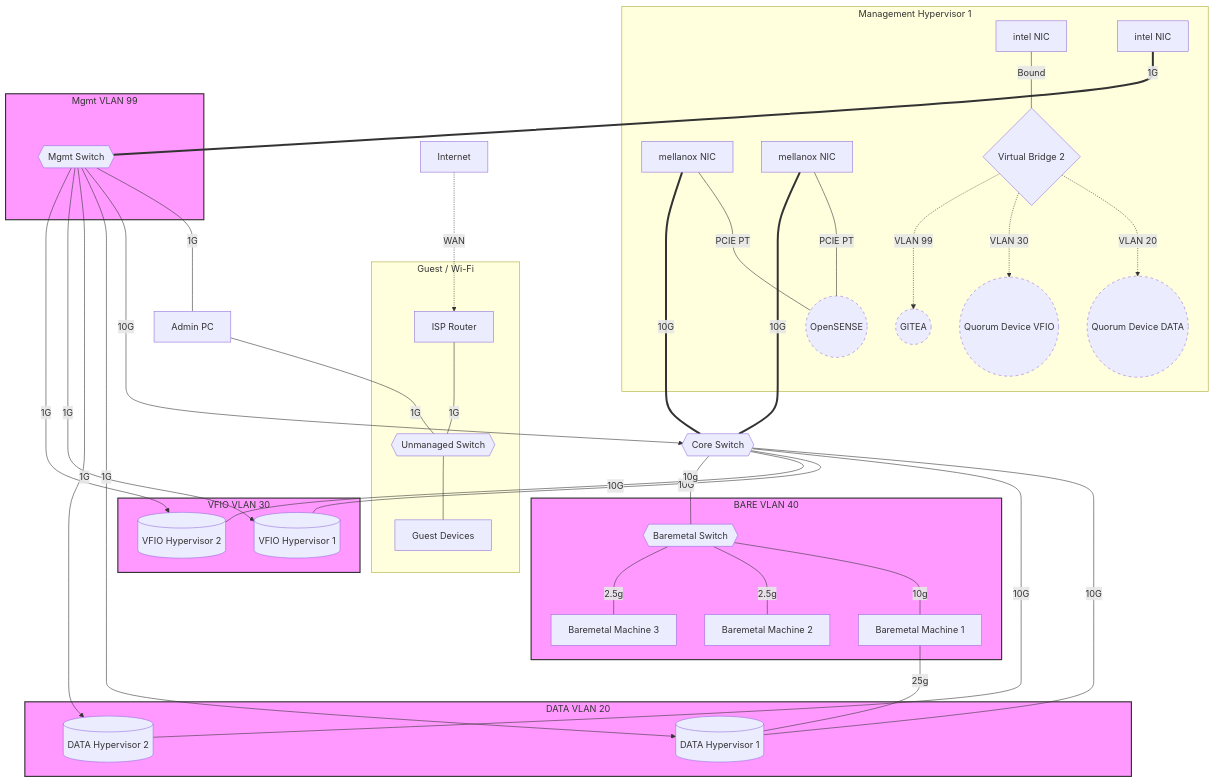
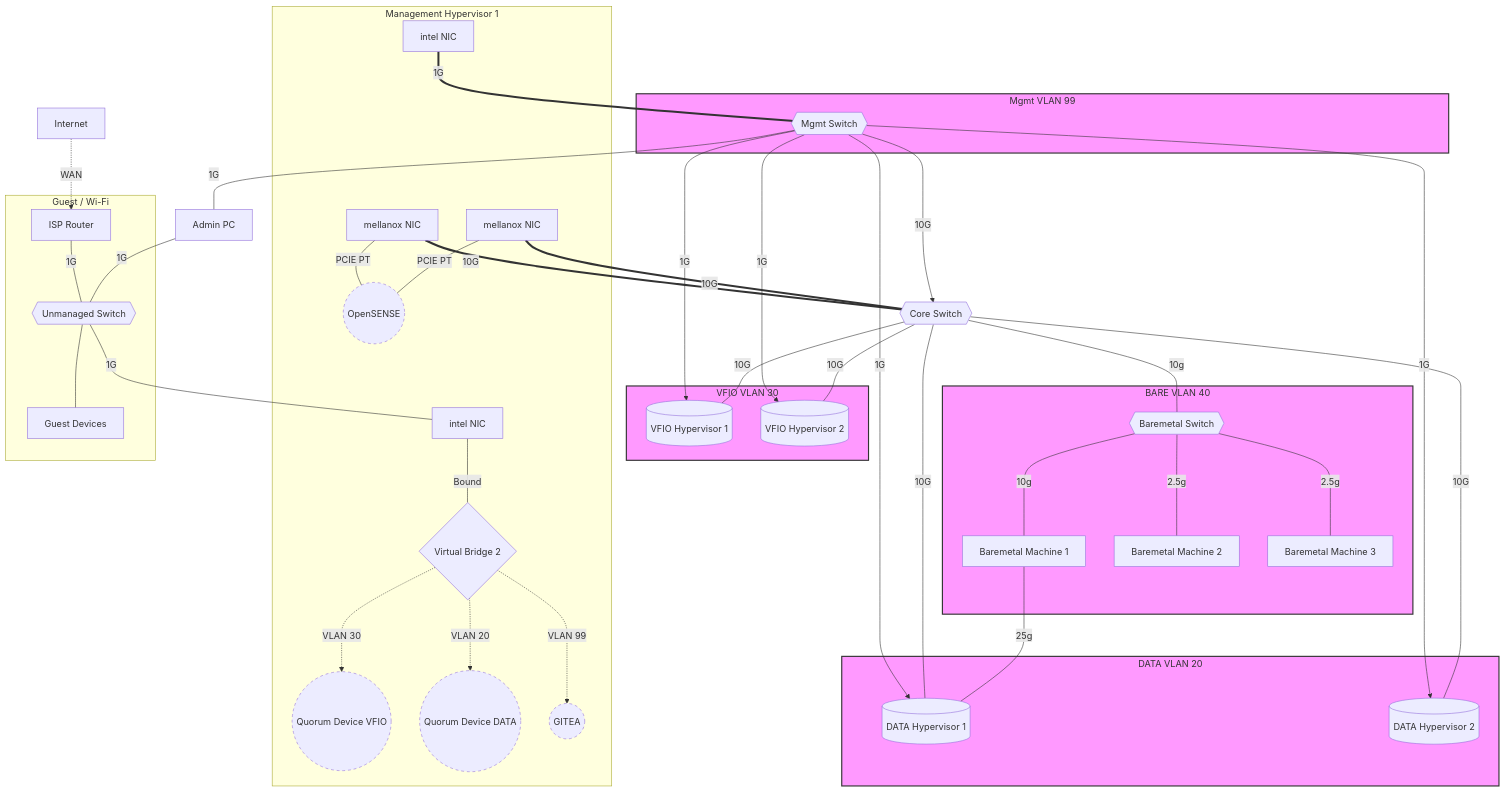
One commit to woeiru/lab changed the diagram in alp/netop.md. Above: the diagram before and after it, drawn with Mermaid.

Commit message:
standard

````diff
--- a/alp/netop.md
+++ b/alp/netop.md
@@ -3,77 +3,78 @@
 ```mermaid
 graph TD
     subgraph MH1[Management Hypervisor 1]
         MH1NIC1[intel NIC]
         MH1NIC2[intel NIC]
         MH1NIC3[mellanox NIC]
         MH1NIC4[mellanox NIC]
         MH1NIC3 ---|"PCIE PT"| OPN
         MH1NIC4 ---|"PCIE PT"| OPN
         VB2{Virtual Bridge 2}
         MH1NIC1 ---|"Bound"| VB2
         OPN((OpenSENSE))
         QDV((Quorum Device VFIO))
         QDD((Quorum Device DATA))
         GIT((GITEA))
     end
 
     INT[Internet] -.-> |WAN| ISPR[ISP Router]
     ISPR --- |"1G"| US{{Unmanaged Switch}}
     US --- GD[Guest Devices]
+    US ---|1G| MH1NIC1
 
     MS{{Mgmt Switch}} ---|"1G"| APC[Admin PC]
     APC ---|"1G"| US
 
     MH1NIC2 ===|"1G"| MS
     MH1NIC3 ===|"10G"| CS{{Core Switch}}
     MH1NIC4 ===|"10G"| CS{{Core Switch}}
 
     MS --->|"10G"| CS
     MS --->|"1G"| DH1
     MS --->|"1G"| DH2
     MS --->|"1G"| VH1
     MS --->|"1G"| VH2
 
     CS ---|"10G"| DH1[(DATA Hypervisor 1)]
     CS ---|"10G"| DH2[(DATA Hypervisor 2)]
     CS ---|"10G"| VH1[(VFIO Hypervisor 1)]
     CS ---|"10G"| VH2[(VFIO Hypervisor 2)]
 
     CS ---|"10g"| BMS{{Baremetal Switch}}
     BMS ---|"10g"| BM1[Baremetal Machine 1]
     BM1 ---|"25g"| DH1
     BMS ---|"2.5g"| BM2[Baremetal Machine 2]
     BMS ---|"2.5g"| BM3[Baremetal Machine 3]
 
     subgraph VLAN20 [DATA VLAN 20]
         DH1
         DH2
     end
     subgraph VLAN30 [VFIO VLAN 30]
         VH1
         VH2
     end
     subgraph VLAN40 [BARE VLAN 40]
         BMS
         BM1 
         BM2 
         BM3 
     end
     subgraph VLAN99 [Mgmt VLAN 99]
         MS
     end
     subgraph Guest [Guest / Wi-Fi]
         ISPR
         GD
         US
     end
 
     VB2 -.->|VLAN 20| QDD
     VB2 -.->|VLAN 30| QDV
     VB2 -.->|VLAN 99| GIT
 
     classDef punctuated stroke-dasharray: 5 5;
     class GIT,QDV,QDD,OPN punctuated;
     classDef vlan fill:#f9f,stroke:#333,stroke-width:2px;
     class VLAN20,VLAN30,VLAN40,VLAN99 vlan;
 ```
````
